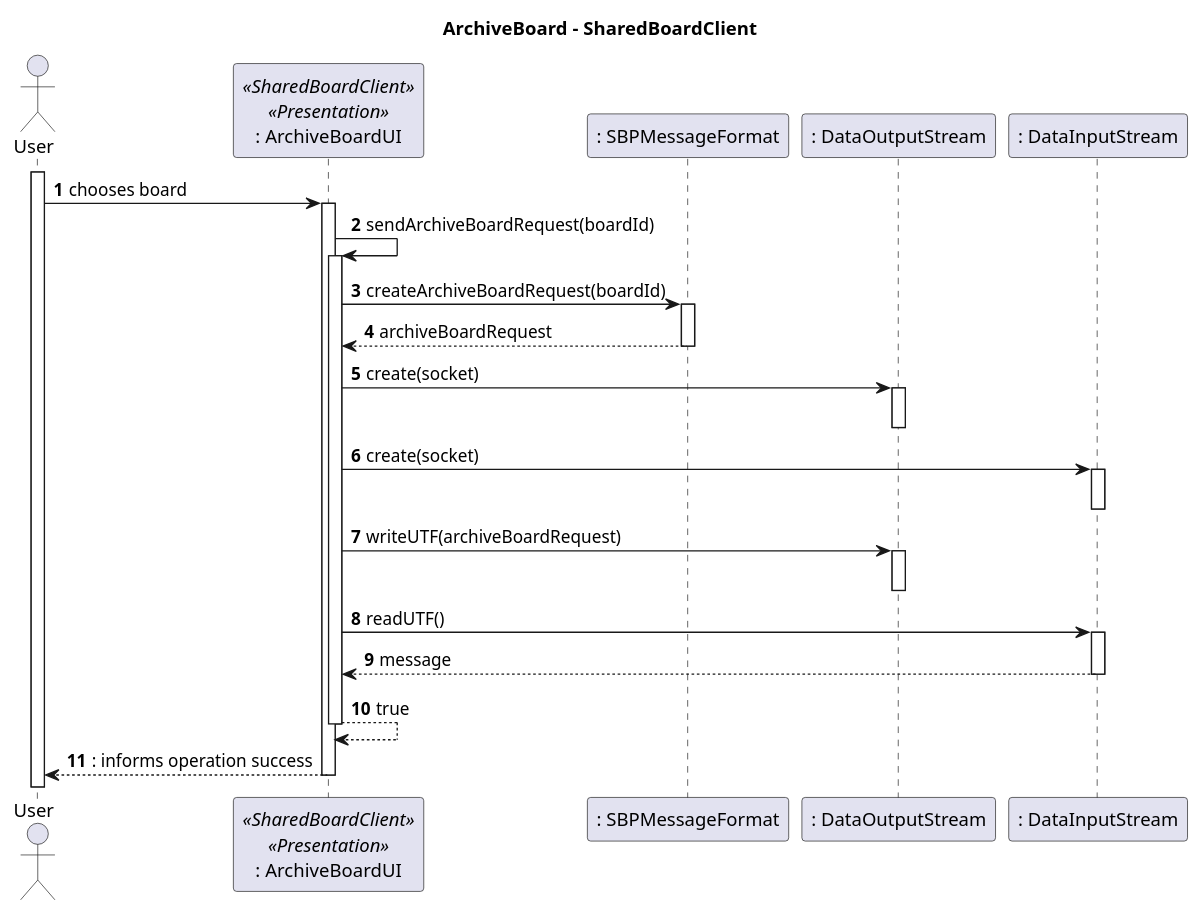
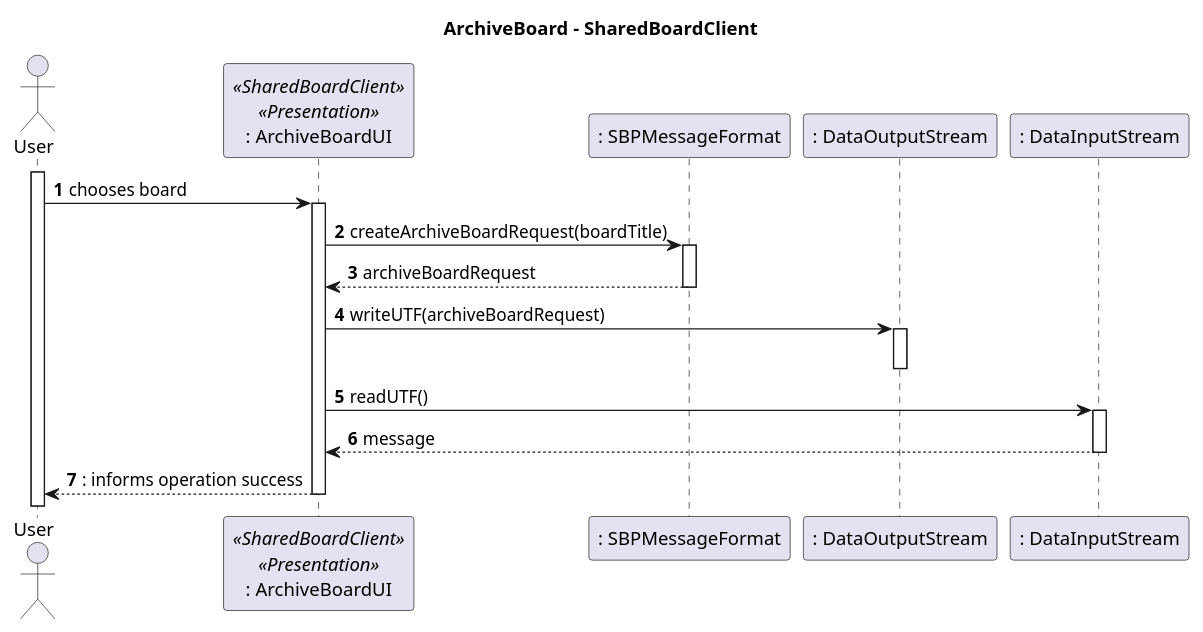
The diagram in docs/Sprint_C/us_3010/us_3010_SD_ArchiveBoardClient.puml (Marco-Nobrega-Andrade/sem4pi_22_23), drawn with PlantUML before and after one commit. The commit also changed 4 other files, not shown here.

```diff
--- a/docs/Sprint_C/us_3010/us_3010_SD_ArchiveBoardClient.puml
+++ b/docs/Sprint_C/us_3010/us_3010_SD_ArchiveBoardClient.puml
@@ -1,35 +1,29 @@
 @startuml
 autonumber
 title ArchiveBoard - SharedBoardClient
 
 actor "User" as User
 
 participant ": ArchiveBoardUI" as UI <<SharedBoardClient>> <<Presentation>>
 participant ": SBPMessageFormat" as SBPF
 participant ": DataOutputStream" as DOS
 participant ": DataInputStream" as DIS
 activate User
 User -> UI : chooses board
 activate UI
 
-UI -> UI : sendArchiveBoardRequest(boardId)
-activate UI
-UI -> SBPF : createArchiveBoardRequest(boardId)
+
+UI -> SBPF : createArchiveBoardRequest(boardTitle)
 activate SBPF
 return archiveBoardRequest
-UI -> DOS : create(socket)
-activate DOS
-deactivate DOS
-UI -> DIS : create(socket)
-activate DIS
-deactivate DIS
+
+
 UI -> DOS : writeUTF(archiveBoardRequest)
 activate DOS
 deactivate DOS
 UI -> DIS : readUTF()
 activate DIS
 return message
-return true
 return : informs operation success
 deactivate UI
 @enduml
```
